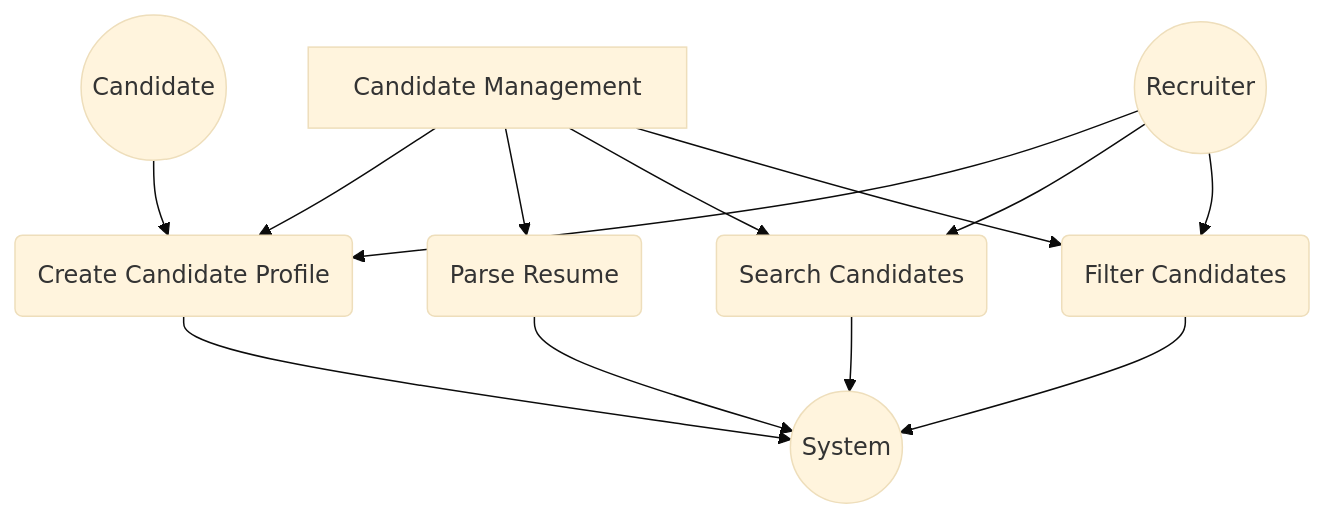
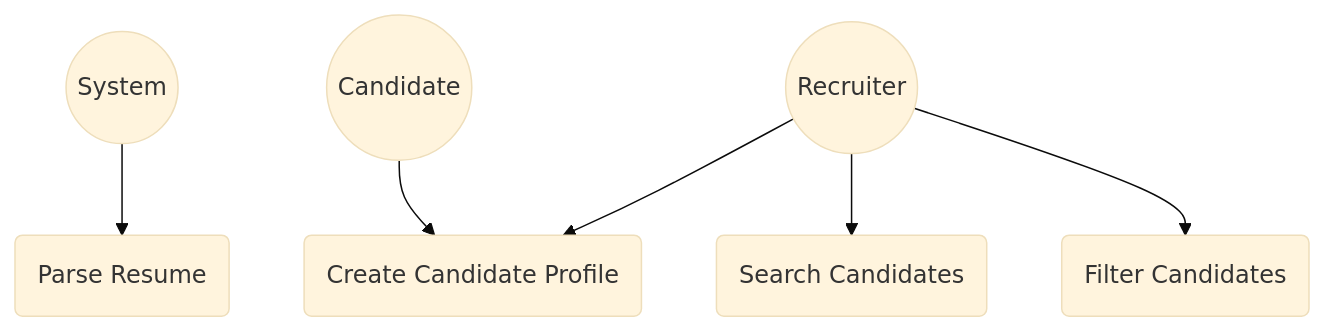
The fourth of 26 diagrams in LTI-JACA/LTI-JACA.md (rgarciademarina/AI4Devs-design-rgm), drawn with Mermaid (base theme) before and after one commit. The commit also changed other lines of this file and 1 other file, not shown here.

Commit message:
Improve diagrams after feedback provided in class to make them more consistent

````diff
--- a/LTI-JACA/LTI-JACA.md
+++ b/LTI-JACA/LTI-JACA.md
@@ -551,18 +529,8 @@
 ```mermaid
 graph TD
-    A[Candidate Management]
-    A --> B(Create Candidate Profile)
-    A --> C(Parse Resume)
-    A --> D(Search Candidates)
-    A --> E(Filter Candidates)
-    
-    B --> F((System))
-    C --> F
-    D --> F
-    E --> F
-    
-    G((Recruiter)) --> B
-    G --> D
-    G --> E
+    F((System)) --> C(Parse Resume)
+    G((Recruiter)) --> B(Create Candidate Profile)
+    G --> D(Search Candidates)
+    G --> E(Filter Candidates)
     H((Candidate)) --> B
 ```
````
